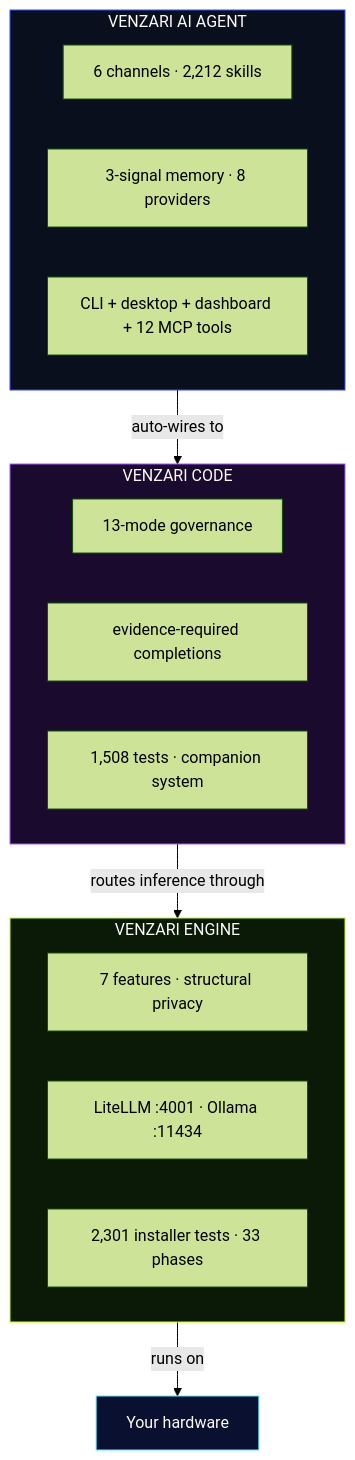
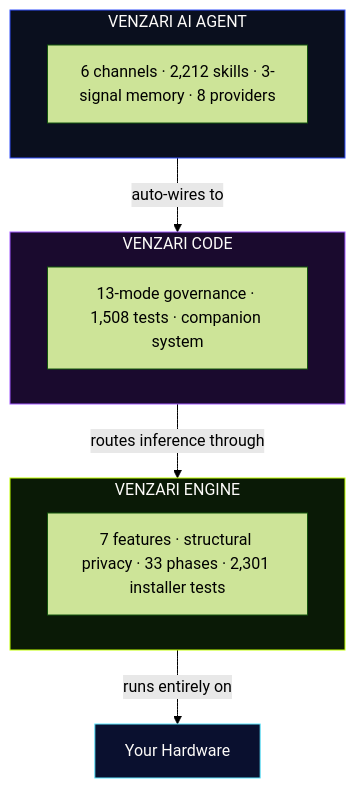
The diagram in README-G.md (VENZARI-AI/VENZARI-AI), drawn with Mermaid (forest theme) before and after one commit. The commit also changed other lines of this file and 3 other files, not shown here.

````diff
--- a/README-G.md
+++ b/README-G.md
@@ -53,25 +48,19 @@
 ```mermaid
 graph TB
-    subgraph AGENT["VENZARI AI AGENT"]
-        A1["6 channels · 2,212 skills"]
-        A2["3-signal memory · 8 providers"]
-        A3["CLI + desktop + dashboard + 12 MCP tools"]
+    subgraph A["VENZARI AI AGENT"]
+        a["6 channels · 2,212 skills · 3-signal memory · 8 providers"]
     end
-    subgraph CODE["VENZARI CODE"]
-        C1["13-mode governance"]
-        C2["evidence-required completions"]
-        C3["1,508 tests · companion system"]
+    subgraph C["VENZARI CODE"]
+        c["13-mode governance · 1,508 tests · companion system"]
     end
-    subgraph ENGINE["VENZARI ENGINE"]
-        E1["7 features · structural privacy"]
-        E2["LiteLLM :4001 · Ollama :11434"]
-        E3["2,301 installer tests · 33 phases"]
+    subgraph E["VENZARI ENGINE"]
+        e["7 features · structural privacy · 33 phases · 2,301 installer tests"]
     end
-    AGENT -->|"auto-wires to"| CODE
-    CODE -->|"routes inference through"| ENGINE
-    ENGINE -->|"runs on"| HW["Your hardware"]
-    style AGENT fill:#0a0f1e,stroke:#3251FC,color:#FDFBF9
-    style CODE fill:#1a0a2e,stroke:#A259FF,color:#FDFBF9
-    style ENGINE fill:#0a1a06,stroke:#C1FF00,color:#FDFBF9
+    A -->|"auto-wires to"| C
+    C -->|"routes inference through"| E
+    E -->|"runs entirely on"| HW["Your Hardware"]
+    style A fill:#0a0f1e,stroke:#3251FC,color:#FDFBF9
+    style C fill:#1a0a2e,stroke:#A259FF,color:#FDFBF9
+    style E fill:#0a1a06,stroke:#C1FF00,color:#FDFBF9
     style HW fill:#0A102F,stroke:#5EE7FF,color:#FDFBF9
 ```
````
